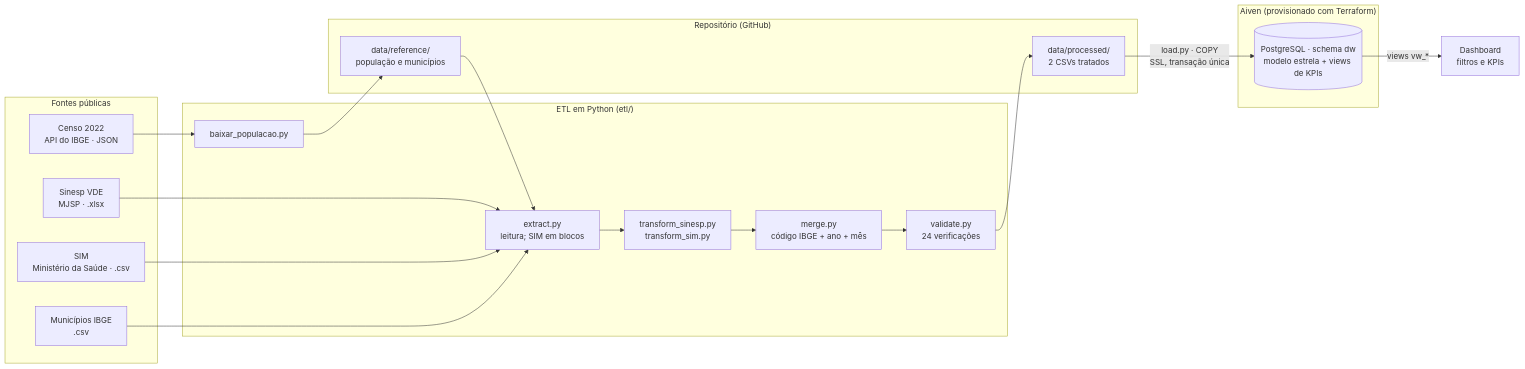
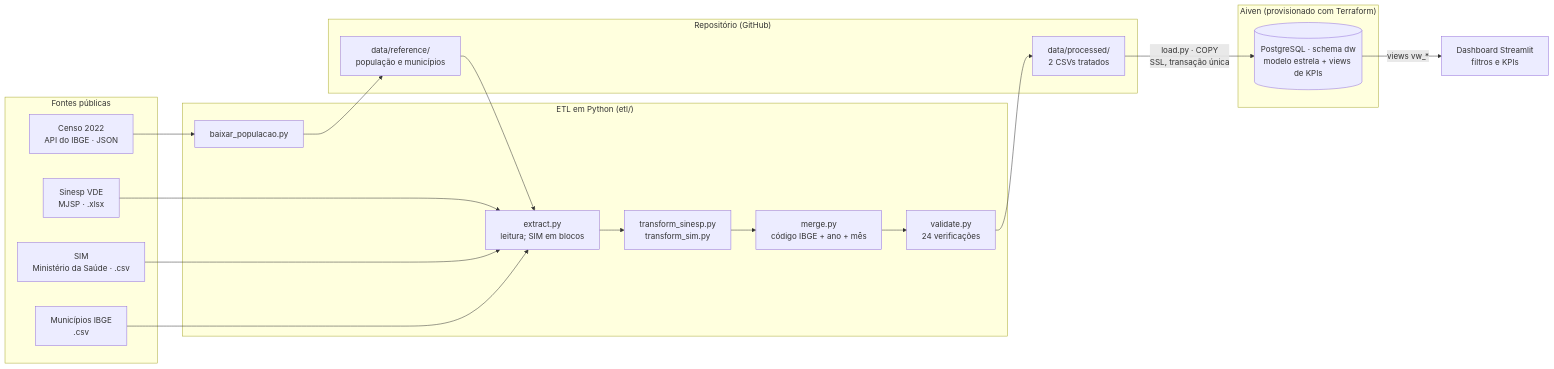
The first of 2 diagrams in README.md (jonbrc/bigdata-monitoramento-seguranca-feminicidio), drawn with Mermaid before and after one commit. The commit also changed other lines of this file and 5 other files, not shown here.

Commit message:
feat(dashboard): estrutura inicial em Streamlit com conexão somente leitura ao banco

````diff
--- a/README.md
+++ b/README.md
@@ -30,37 +30,37 @@
 ```mermaid
 flowchart LR
     subgraph fontes["Fontes públicas"]
         A1["Sinesp VDE<br/>MJSP · .xlsx"]
         A2["SIM<br/>Ministério da Saúde · .csv"]
         A3["Censo 2022<br/>API do IBGE · JSON"]
         A4["Municípios IBGE<br/>.csv"]
     end
 
     subgraph etl["ETL em Python (etl/)"]
         B1["extract.py<br/>leitura; SIM em blocos"]
         B2["transform_sinesp.py<br/>transform_sim.py"]
         B3["merge.py<br/>código IBGE + ano + mês"]
         B4["validate.py<br/>24 verificações"]
         B5["baixar_populacao.py"]
     end
 
     subgraph git["Repositório (GitHub)"]
         C1["data/processed/<br/>2 CSVs tratados"]
         C2["data/reference/<br/>população e municípios"]
     end
 
     subgraph nuvem["Aiven (provisionado com Terraform)"]
         D1[("PostgreSQL · schema dw<br/>modelo estrela + views de KPIs")]
     end
 
-    E1["Dashboard<br/>filtros e KPIs"]
+    E1["Dashboard Streamlit<br/>filtros e KPIs"]
 
     A1 --> B1
     A2 --> B1
     A4 --> B1
     A3 --> B5 --> C2
     C2 --> B1
     B1 --> B2 --> B3 --> B4 --> C1
     C1 -->|"load.py · COPY<br/>SSL, transação única"| D1
     D1 -->|"views vw_*"| E1
 ```
````
